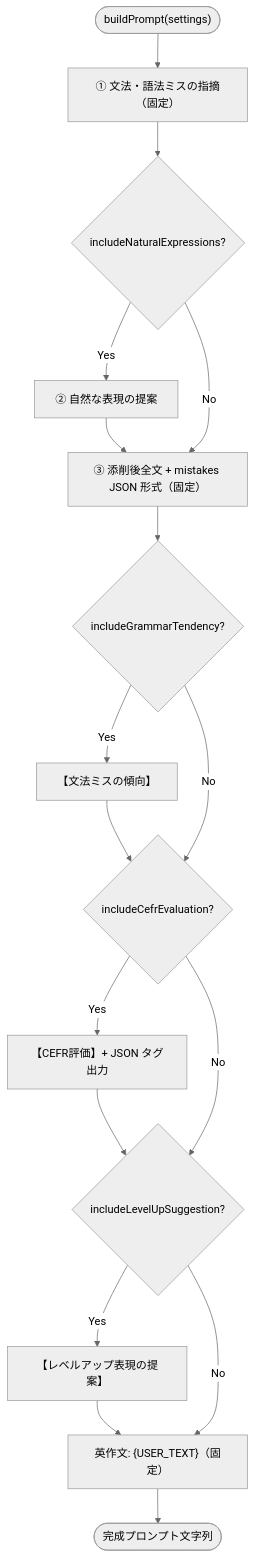
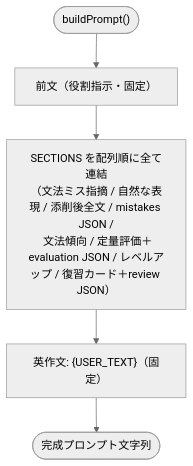
Before and after one commit to rmatsuo-jp/study-english: the fifth of 5 diagrams in ARCHITECTURE.md, drawn with Mermaid (neutral theme). The commit also changed other lines of this file and 10 other files, not shown here.

````diff
--- a/ARCHITECTURE.md
+++ b/ARCHITECTURE.md
@@ -134,28 +130,10 @@
 ```mermaid
 flowchart TD
-    Start(["buildPrompt(settings)"])
-    S1["① 文法・語法ミスの指摘（固定）"]
-    T1{includeNaturalExpressions?}
-    S2["② 自然な表現の提案"]
-    S3["③ 添削後全文 + mistakes JSON 形式（固定）"]
-    T2{includeGrammarTendency?}
-    A1["【文法ミスの傾向】"]
-    T3{includeCefrEvaluation?}
-    A2["【CEFR評価】+ <cefr>JSON タグ出力"]
-    T4{includeLevelUpSuggestion?}
-    A3["【レベルアップ表現の提案】"]
+    Start(["buildPrompt()"])
+    S1["前文（役割指示・固定）"]
+    S2["SECTIONS を配列順に全て連結\n（文法ミス指摘 / 自然な表現 / 添削後全文 / mistakes JSON /\n 文法傾向 / 定量評価＋evaluation JSON / レベルアップ / 復習カード＋review JSON）"]
     S4["英作文: {USER_TEXT}（固定）"]
     End(["完成プロンプト文字列"])
 
-    Start --> S1 --> T1
-    T1 -->|Yes| S2 --> S3
-    T1 -->|No| S3
-    S3 --> T2
-    T2 -->|Yes| A1 --> T3
-    T2 -->|No| T3
-    T3 -->|Yes| A2 --> T4
-    T3 -->|No| T4
-    T4 -->|Yes| A3 --> S4
-    T4 -->|No| S4
-    S4 --> End
+    Start --> S1 --> S2 --> S4 --> End
 ```
````
